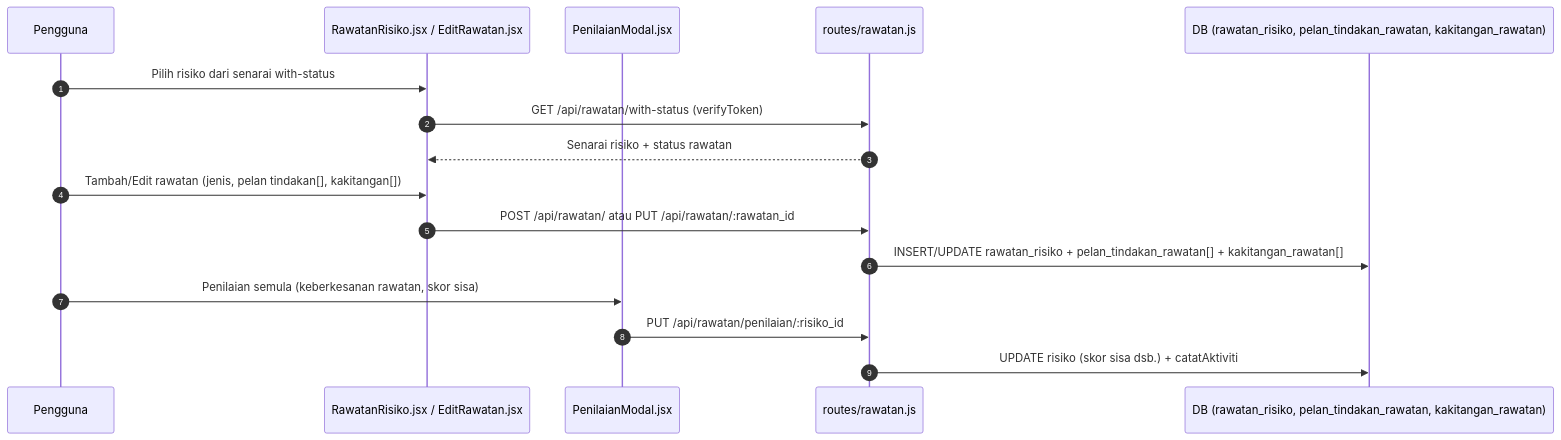
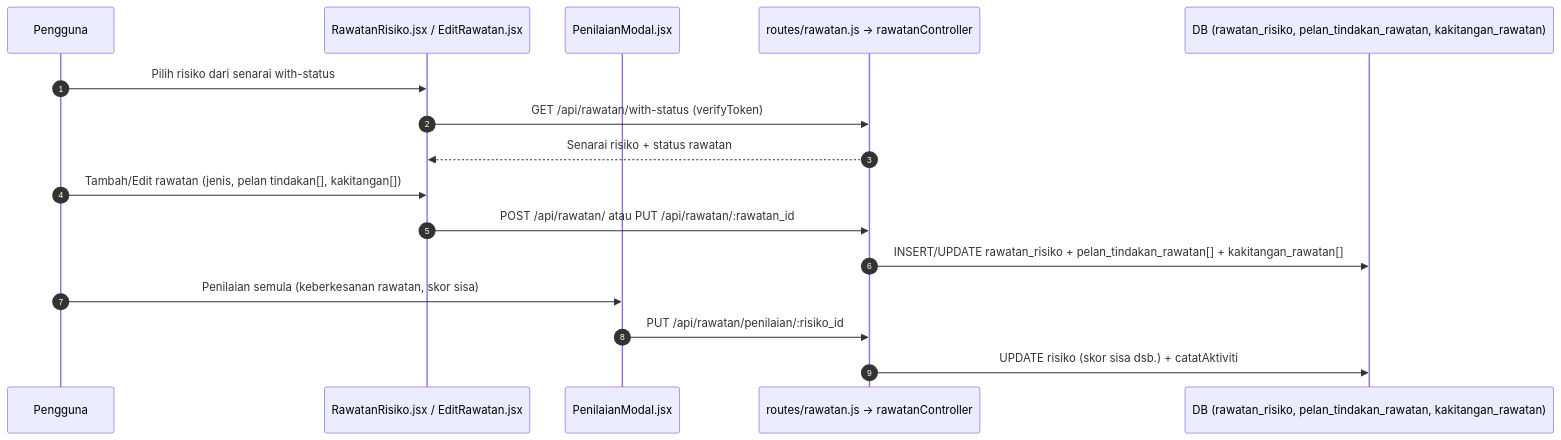
One commit to aimaniss/RiskManagementSystem changed the diagram in docs/pipeline/03-rawatan.md. Above: the diagram before and after it, drawn with Mermaid. The commit also changed other lines of this file and 35 other files, not shown here.

````diff
--- a/docs/pipeline/03-rawatan.md
+++ b/docs/pipeline/03-rawatan.md
@@ -10,19 +10,19 @@
 ```mermaid
 sequenceDiagram
   autonumber
   participant U as Pengguna
   participant R as RawatanRisiko.jsx / EditRawatan.jsx
   participant P as PenilaianModal.jsx
-  participant B as routes/rawatan.js
+  participant B as routes/rawatan.js → rawatanController
   participant DB as DB (rawatan_risiko, pelan_tindakan_rawatan, kakitangan_rawatan)
 
   U->>R: Pilih risiko dari senarai with-status
   R->>B: GET /api/rawatan/with-status (verifyToken)
   B-->>R: Senarai risiko + status rawatan
   U->>R: Tambah/Edit rawatan (jenis, pelan tindakan[], kakitangan[])
   R->>B: POST /api/rawatan/  atau  PUT /api/rawatan/:rawatan_id
   B->>DB: INSERT/UPDATE rawatan_risiko + pelan_tindakan_rawatan[] + kakitangan_rawatan[]
   U->>P: Penilaian semula (keberkesanan rawatan, skor sisa)
   P->>B: PUT /api/rawatan/penilaian/:risiko_id
   B->>DB: UPDATE risiko (skor sisa dsb.) + catatAktiviti
 ```
````
